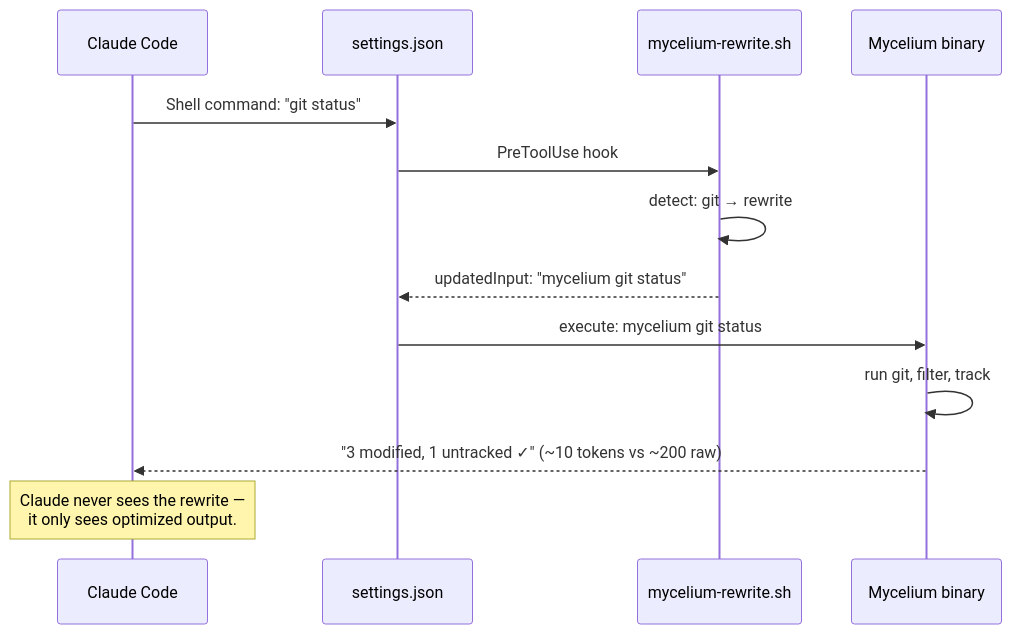
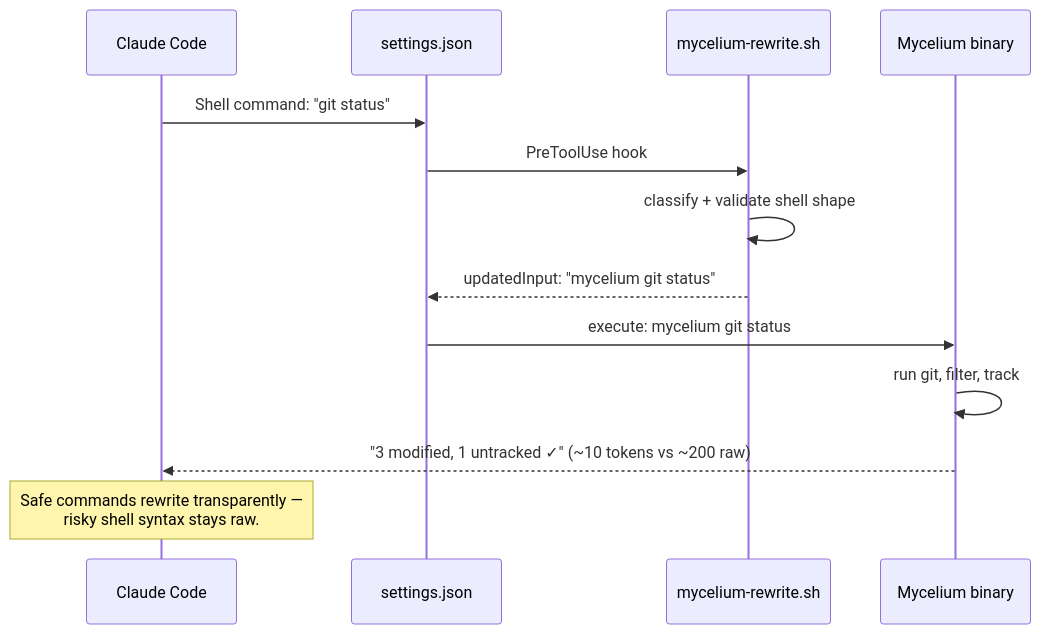
Before and after one commit to basidiocarp/mycelium: the second of 16 diagrams in docs/ARCHITECTURE.md, drawn with Mermaid. The commit also changed other lines of this file and 56 other files, not shown here.

````diff
--- a/docs/ARCHITECTURE.md
+++ b/docs/ARCHITECTURE.md
@@ -68,17 +68,17 @@
 ```mermaid
 sequenceDiagram
     participant CC as Claude Code
     participant SJ as settings.json
     participant HK as mycelium-rewrite.sh
     participant MY as Mycelium binary
 
     CC->>SJ: Shell command: "git status"
     SJ->>HK: PreToolUse hook
-    HK->>HK: detect: git → rewrite
+    HK->>HK: classify + validate shell shape
     HK-->>SJ: updatedInput: "mycelium git status"
     SJ->>MY: execute: mycelium git status
     MY->>MY: run git, filter, track
     MY-->>CC: "3 modified, 1 untracked ✓" (~10 tokens vs ~200 raw)
 
-    Note over CC: Claude never sees the rewrite —<br/>it only sees optimized output.
+    Note over CC: Safe commands rewrite transparently —<br/>risky shell syntax stays raw.
 ```
````
